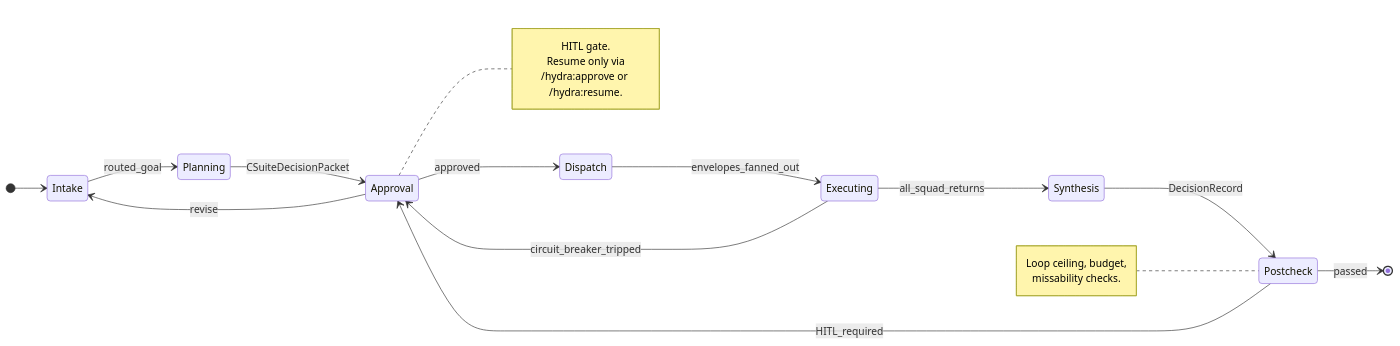
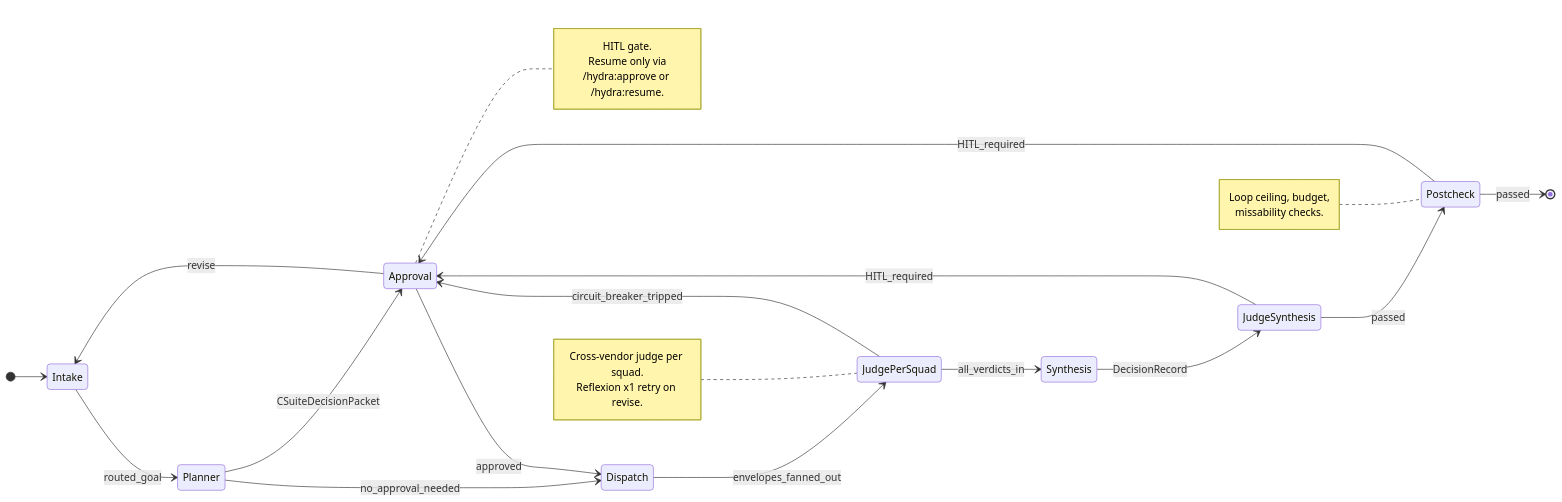
Before and after one commit to lebobo88/Hydra: the diagram in docs/constellation/assets/diagrams/D2-state-machine.mmd, drawn with Mermaid. The commit also changed 12 other files, not shown here.

```diff
--- a/docs/constellation/assets/diagrams/D2-state-machine.mmd
+++ b/docs/constellation/assets/diagrams/D2-state-machine.mmd
@@ -1,23 +1,30 @@
-%% D2 — Hydra LangGraph 7-Phase Supervisor State Machine
+%% D2 — Hydra LangGraph 8-Node Supervisor State Machine
 stateDiagram-v2
     direction LR
     [*] --> Intake
-    Intake --> Planning : routed_goal
-    Planning --> Approval : CSuiteDecisionPacket
+    Intake --> Planner : routed_goal
+    Planner --> Approval : CSuiteDecisionPacket
+    Planner --> Dispatch : no_approval_needed
     Approval --> Dispatch : approved
     Approval --> Intake : revise
-    Dispatch --> Executing : envelopes_fanned_out
-    Executing --> Synthesis : all_squad_returns
-    Synthesis --> Postcheck : DecisionRecord
+    Dispatch --> JudgePerSquad : envelopes_fanned_out
+    JudgePerSquad --> Synthesis : all_verdicts_in
+    JudgePerSquad --> Approval : circuit_breaker_tripped
+    Synthesis --> JudgeSynthesis : DecisionRecord
+    JudgeSynthesis --> Postcheck : passed
+    JudgeSynthesis --> Approval : HITL_required
     Postcheck --> [*] : passed
     Postcheck --> Approval : HITL_required
-    Executing --> Approval : circuit_breaker_tripped
     note right of Approval
         HITL gate.
         Resume only via
         /hydra:approve or /hydra:resume.
     end note
+    note left of JudgePerSquad
+        Cross-vendor judge per squad.
+        Reflexion x1 retry on revise.
+    end note
     note left of Postcheck
         Loop ceiling, budget,
         missability checks.
     end note
```
